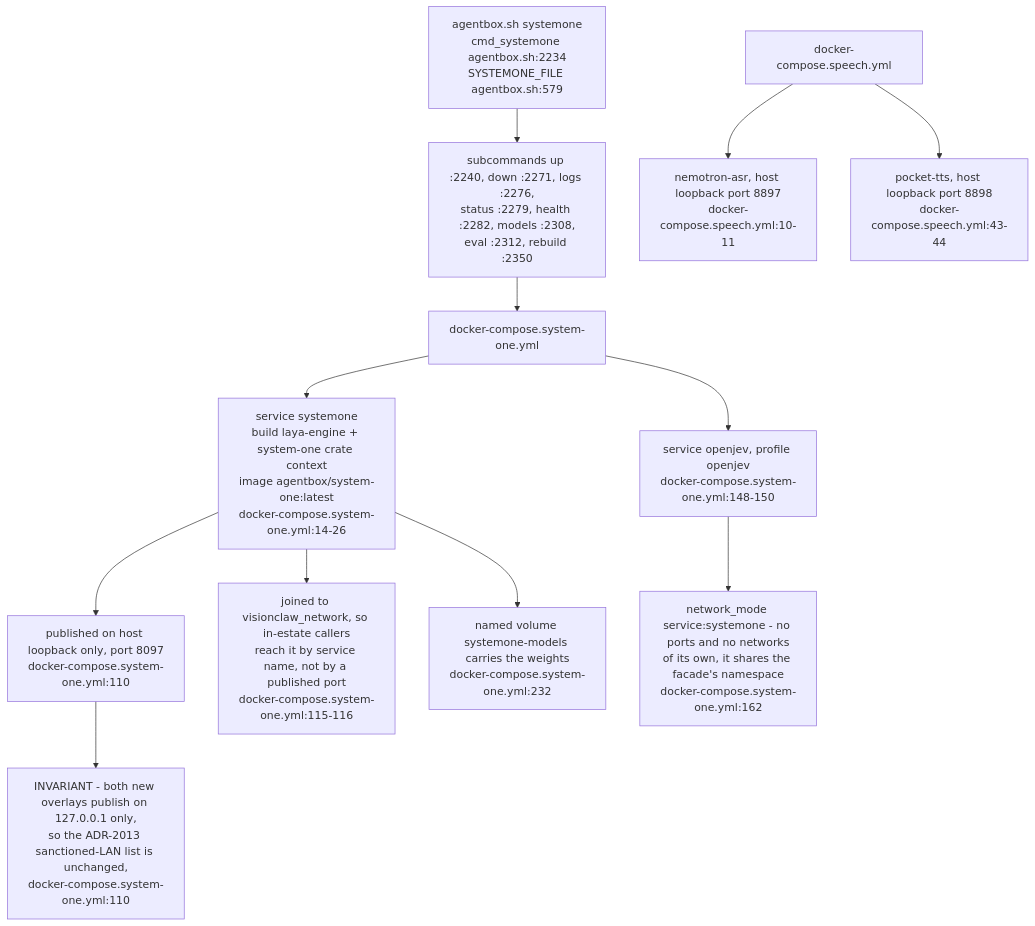
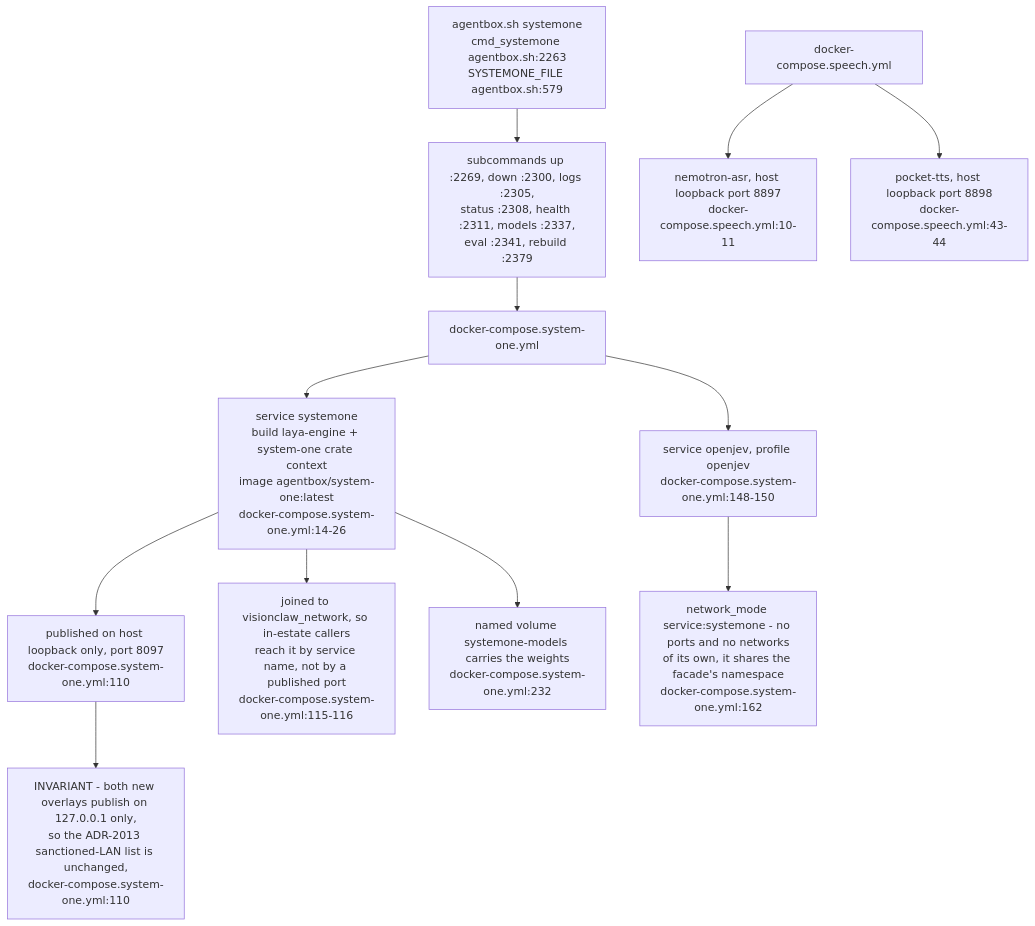
Before and after one commit to DreamLab-AI/VisionFlow: the tenth of 13 diagrams in docs/diagrams/agentbox/06-sidecars-and-compose-overlays.md, drawn with Mermaid. The commit also changed other lines of this file and 14 other files, not shown here.

First line of the commit message:
docs(diagrams): custody role isolation — new AB-36, re-stamp 11 topics at the custody integration head

````diff
--- a/docs/diagrams/agentbox/06-sidecars-and-compose-overlays.md
+++ b/docs/diagrams/agentbox/06-sidecars-and-compose-overlays.md
@@ -283,18 +294,18 @@
 ```mermaid
 flowchart TB
-    CLI["agentbox.sh systemone<br/>cmd_systemone agentbox.sh:2234<br/>SYSTEMONE_FILE agentbox.sh:579"] --> SUB["subcommands up :2240, down :2271, logs :2276,<br/>status :2279, health :2282, models :2308,<br/>eval :2312, rebuild :2350"]
+    CLI["agentbox.sh systemone<br/>cmd_systemone agentbox.sh:2263<br/>SYSTEMONE_FILE agentbox.sh:579"] --> SUB["subcommands up :2269, down :2300, logs :2305,<br/>status :2308, health :2311, models :2337,<br/>eval :2341, rebuild :2379"]
     SUB --> COMPOSE["docker-compose.system-one.yml"]
 
     COMPOSE --> FACADE["service systemone<br/>build laya-engine + system-one crate context<br/>image agentbox/system-one:latest<br/>docker-compose.system-one.yml:14-26"]
     FACADE --> PUB["published on host loopback only, port 8097<br/>docker-compose.system-one.yml:110"]
     FACADE --> NET["joined to visionclaw_network, so in-estate callers<br/>reach it by service name, not by a published port<br/>docker-compose.system-one.yml:115-116"]
     FACADE --> VOL["named volume systemone-models carries the weights<br/>docker-compose.system-one.yml:232"]
 
     COMPOSE --> ENGINE["service openjev, profile openjev<br/>docker-compose.system-one.yml:148-150"]
     ENGINE --> NM["network_mode service:systemone - no ports and no networks<br/>of its own, it shares the facade's namespace<br/>docker-compose.system-one.yml:162"]
 
     SPEECH["docker-compose.speech.yml"] --> ASR["nemotron-asr, host loopback port 8897<br/>docker-compose.speech.yml:10-11"]
     SPEECH --> TTS["pocket-tts, host loopback port 8898<br/>docker-compose.speech.yml:43-44"]
 
     PUB --> INV["INVARIANT - both new overlays publish on 127.0.0.1 only,<br/>so the ADR-2013 sanctioned-LAN list is unchanged,<br/>docker-compose.system-one.yml:110"]
 ```
````
